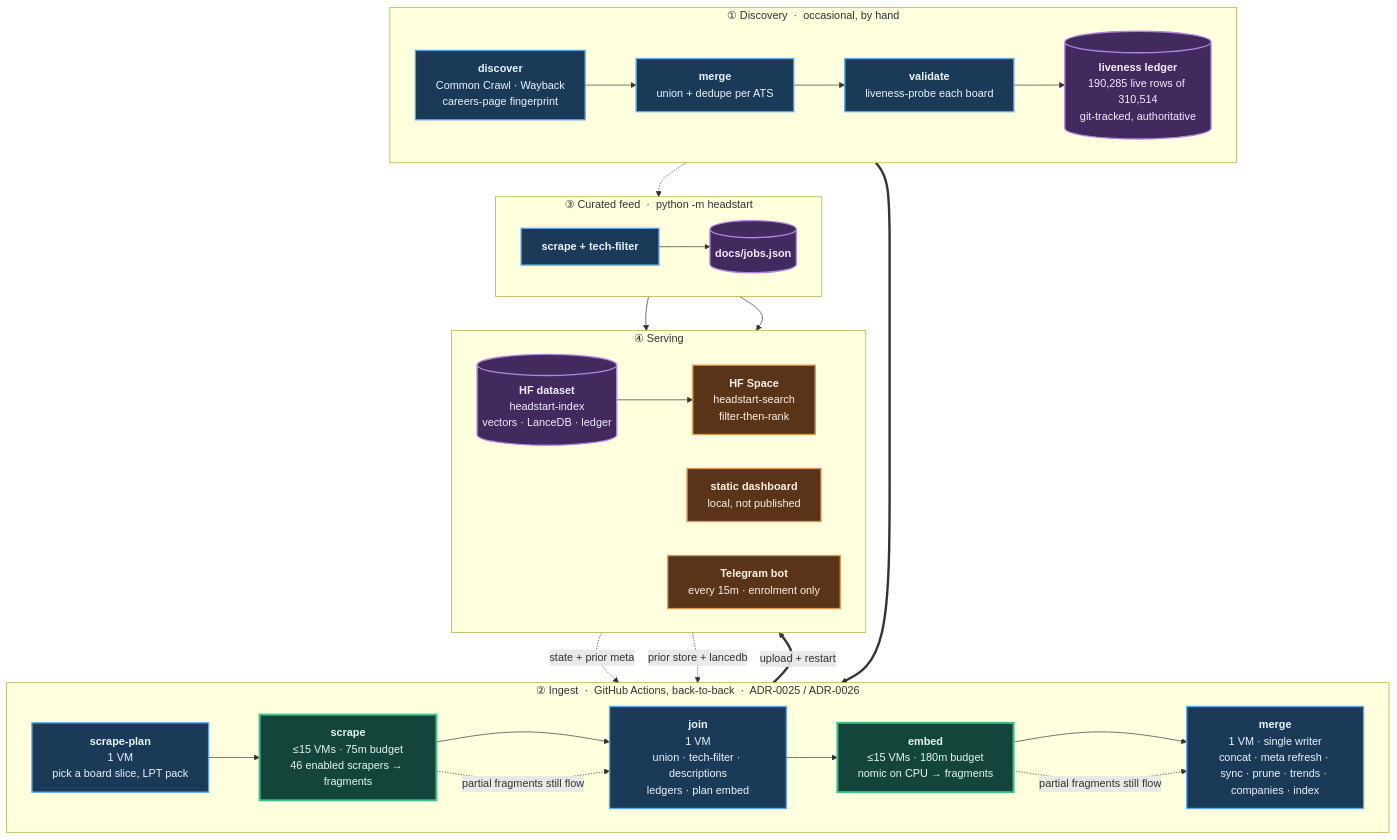
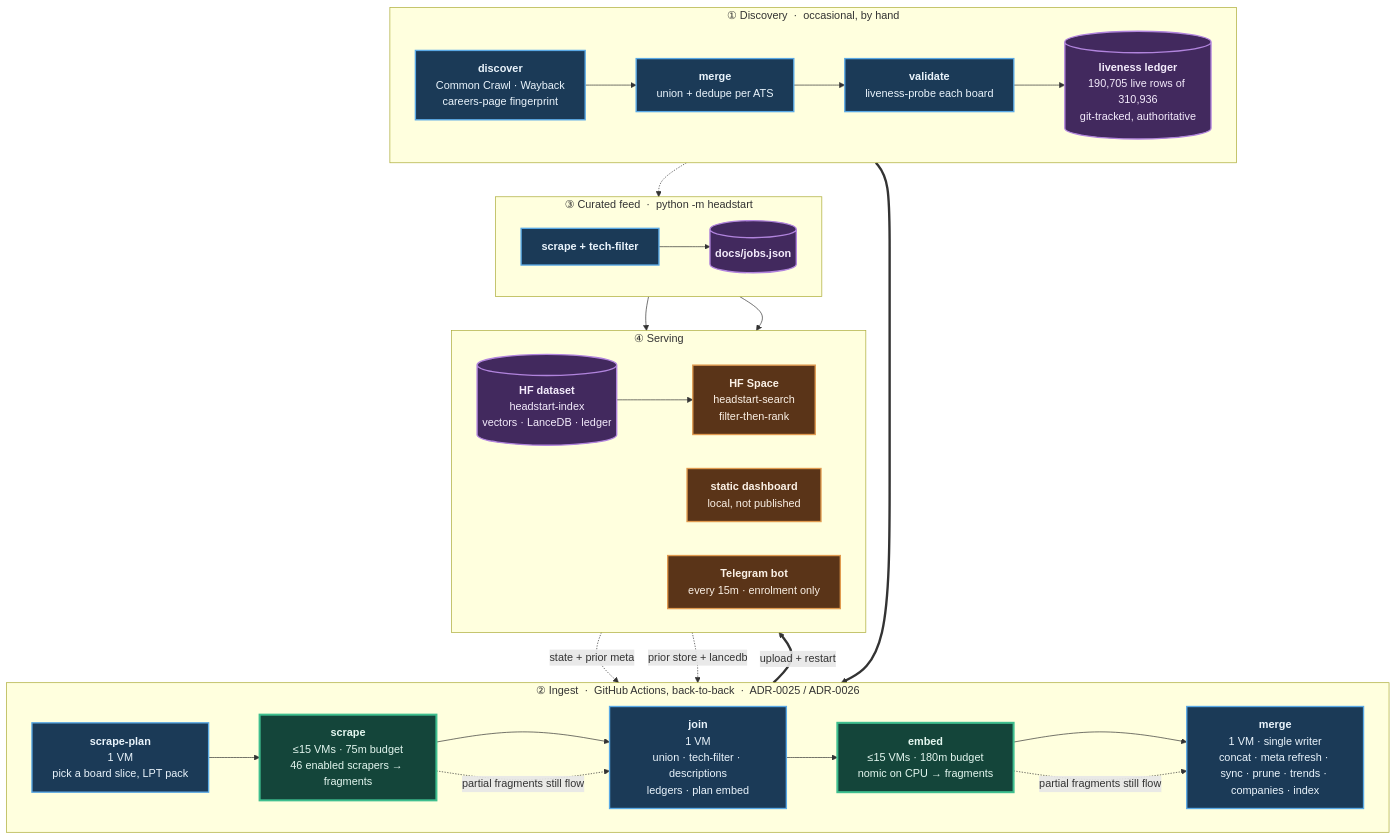
One commit to sarthakjain004/headstart changed the diagram in README.md. Above: the diagram before and after it, drawn with Mermaid. The commit also changed other lines of this file and 7 other files, not shown here.

First line of the commit message:
Land 420 Live rows across six ATSes from the new discovery techniques (#749)

````diff
--- a/README.md
+++ b/README.md
@@ -180,56 +180,56 @@
 ```mermaid
 flowchart TB
     subgraph D["① Discovery &nbsp;·&nbsp; occasional, by hand"]
         direction LR
         D1["<b>discover</b><br/>Common Crawl · Wayback<br/>careers-page fingerprint"]
         D2["<b>merge</b><br/>union + dedupe per ATS"]
         D3["<b>validate</b><br/>liveness-probe each board"]
-        D4[("<b>liveness ledger</b><br/>190,285 live rows of 310,514<br/>git-tracked, authoritative")]
+        D4[("<b>liveness ledger</b><br/>190,705 live rows of 310,936<br/>git-tracked, authoritative")]
         D1 --> D2 --> D3 --> D4
     end
 
     subgraph P["② Ingest &nbsp;·&nbsp; GitHub Actions, back-to-back &nbsp;·&nbsp; ADR-0025 / ADR-0026"]
         direction LR
         P1["<b>scrape-plan</b><br/>1 VM<br/>pick a board slice, LPT pack"]
         P2["<b>scrape</b><br/>≤15 VMs · 75m budget<br/>46 enabled scrapers → fragments"]
         P3["<b>join</b><br/>1 VM<br/>union · tech-filter · descriptions<br/>ledgers · plan embed"]
         P4["<b>embed</b><br/>≤15 VMs · 180m budget<br/>nomic on CPU → fragments"]
         P5["<b>merge</b><br/>1 VM · single writer<br/>concat · meta refresh · sync · prune · trends · companies · index"]
         P1 --> P2 --> P3 --> P4 --> P5
     end
 
     subgraph F["③ Curated feed &nbsp;·&nbsp; python -m headstart"]
         direction LR
         F1["<b>scrape + tech-filter</b>"]
         F2[("<b>docs/jobs.json</b>")]
         F1 --> F2
     end
 
     subgraph S["④ Serving"]
         direction LR
         S1[("<b>HF dataset</b><br/>headstart-index<br/>vectors · LanceDB · ledger")]
         S2["<b>HF Space</b><br/>headstart-search<br/>filter-then-rank"]
         S3["<b>static dashboard</b><br/>local, not published"]
         S4["<b>Telegram bot</b><br/>every 15m · enrolment only"]
         S1 --> S2
     end
 
     D4 ==> P1
     S1 -. "state + prior meta" .-> P1
     S1 -. "prior store + lancedb" .-> P5
     D4 -.-> F1
     P5 ==>|"upload + restart"| S1
     F2 --> S3
     F2 --> S4
     P2 -. "partial fragments still flow" .-> P3
     P4 -. "partial fragments still flow" .-> P5
 
     classDef serial fill:#1b3a57,stroke:#5aa9e6,stroke-width:2px,color:#eaf4fc
     classDef fan fill:#14453a,stroke:#3fbf8f,stroke-width:3px,color:#e4f7f0
     classDef store fill:#42295e,stroke:#b184dd,stroke-width:2px,color:#f4ecfc
     classDef serve fill:#5a3418,stroke:#e09a4f,stroke-width:2px,color:#fbf1e6
     class D1,D2,D3,P1,P3,P5,F1 serial
     class P2,P4 fan
     class D4,F2,S1 store
     class S2,S3,S4 serve
 ```
````
